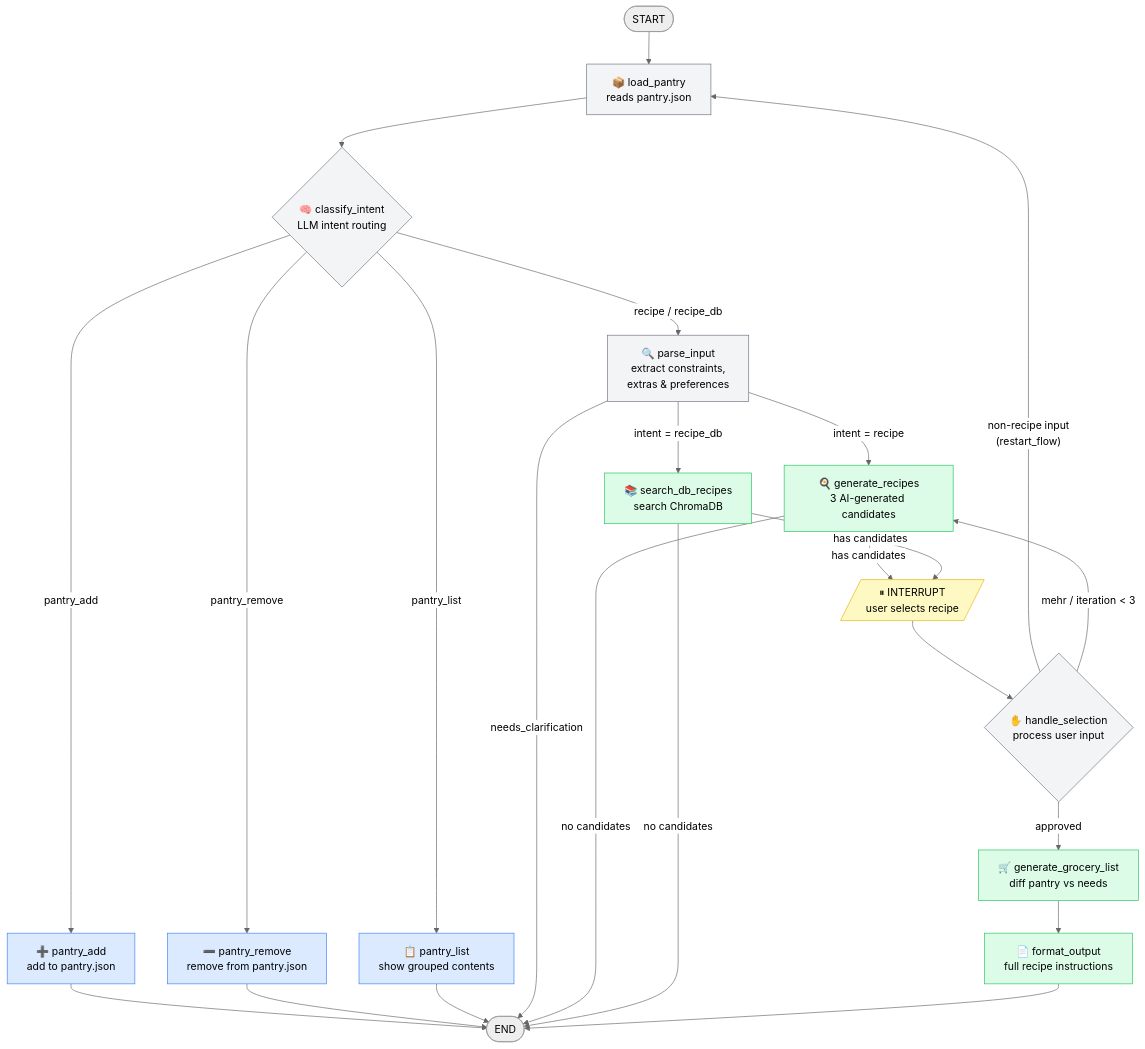
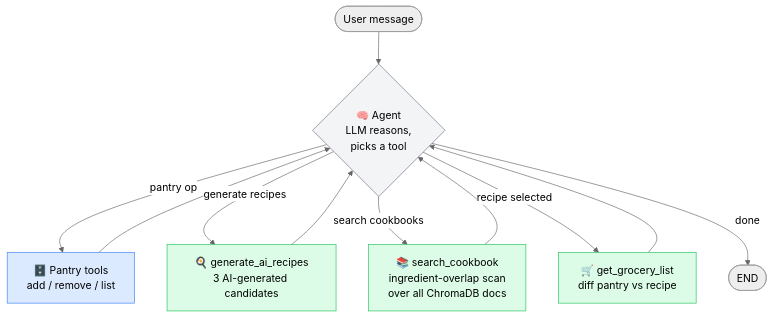
Before and after one commit to MichaBunjes/recipe_agent: the diagram in README.md, drawn with Mermaid (neutral theme). The commit also changed other lines of this file and 8 other files, not shown here.

````diff
--- a/README.md
+++ b/README.md
@@ -5,53 +7,28 @@
 ```mermaid
 flowchart TD
-    START([START]) --> load_pantry
+    User([User message]) --> Agent
 
-    load_pantry["📦 load_pantry\nreads pantry.json"] --> classify_intent
+    Agent{"🧠 Agent\nLLM reasons,\npicks a tool"}
 
-    classify_intent{"🧠 classify_intent\nLLM intent routing"}
-    classify_intent -->|recipe / recipe_db| parse_input
-    classify_intent -->|pantry_add| pantry_add
-    classify_intent -->|pantry_remove| pantry_remove
-    classify_intent -->|pantry_list| pantry_list
+    Agent -->|pantry op| PantryTools
+    Agent -->|generate recipes| GenRecipes
+    Agent -->|search cookbooks| SearchCB
+    Agent -->|recipe selected| Grocery
+    Agent -->|done| END([END])
 
-    pantry_add["➕ pantry_add\nadd to pantry.json"] --> END([END])
-    pantry_remove["➖ pantry_remove\nremove from pantry.json"] --> END
-    pantry_list["📋 pantry_list\nshow grouped contents"] --> END
+    PantryTools["🗄️ Pantry tools\nadd / remove / list"]
+    GenRecipes["🍳 generate_ai_recipes\n3 AI-generated candidates"]
+    SearchCB["📚 search_cookbook\ningredient-overlap scan\nover all ChromaDB docs"]
+    Grocery["🛒 get_grocery_list\ndiff pantry vs recipe"]
 
-    parse_input["🔍 parse_input\nextract constraints,\nextras & preferences"]
-    parse_input -->|needs_clarification| END
-    parse_input -->|intent = recipe| generate_recipes
-    parse_input -->|intent = recipe_db| search_db_recipes
+    PantryTools --> Agent
+    GenRecipes --> Agent
+    SearchCB --> Agent
+    Grocery --> Agent
 
-    generate_recipes["🍳 generate_recipes\n3 AI-generated candidates"]
-    search_db_recipes["📚 search_db_recipes\nsearch ChromaDB"]
-
-    generate_recipes -->|no candidates| END
-    search_db_recipes -->|no candidates| END
-    generate_recipes -->|has candidates| INTERRUPT
-    search_db_recipes -->|has candidates| INTERRUPT
-
-    INTERRUPT[/"⏸ INTERRUPT\nuser selects recipe"/]
-    INTERRUPT --> handle_selection
-
-    handle_selection{"✋ handle_selection\nprocess user input"}
-    handle_selection -->|"non-recipe input\n(restart_flow)"| load_pantry
-    handle_selection -->|"mehr / iteration < 3"| generate_recipes
-    handle_selection -->|approved| generate_grocery_list
-
-    generate_grocery_list["🛒 generate_grocery_list\ndiff pantry vs needs"] --> format_output
-    format_output["📄 format_output\nfull recipe instructions"] --> END
-
-    style pantry_add fill:#dbeafe,stroke:#3b82f6
-    style pantry_remove fill:#dbeafe,stroke:#3b82f6
-    style pantry_list fill:#dbeafe,stroke:#3b82f6
-    style generate_recipes fill:#dcfce7,stroke:#22c55e
-    style search_db_recipes fill:#dcfce7,stroke:#22c55e
-    style generate_grocery_list fill:#dcfce7,stroke:#22c55e
-    style format_output fill:#dcfce7,stroke:#22c55e
-    style INTERRUPT fill:#fef9c3,stroke:#eab308
-    style load_pantry fill:#f3f4f6,stroke:#6b7280
-    style classify_intent fill:#f3f4f6,stroke:#6b7280
-    style parse_input fill:#f3f4f6,stroke:#6b7280
-    style handle_selection fill:#f3f4f6,stroke:#6b7280
+    style Agent fill:#f3f4f6,stroke:#6b7280
+    style PantryTools fill:#dbeafe,stroke:#3b82f6
+    style GenRecipes fill:#dcfce7,stroke:#22c55e
+    style SearchCB fill:#dcfce7,stroke:#22c55e
+    style Grocery fill:#dcfce7,stroke:#22c55e
 ```
````
